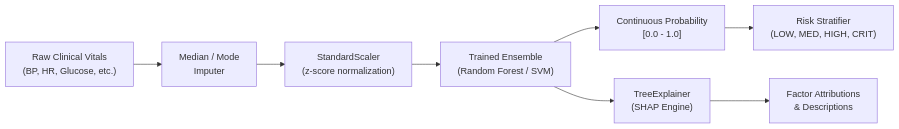
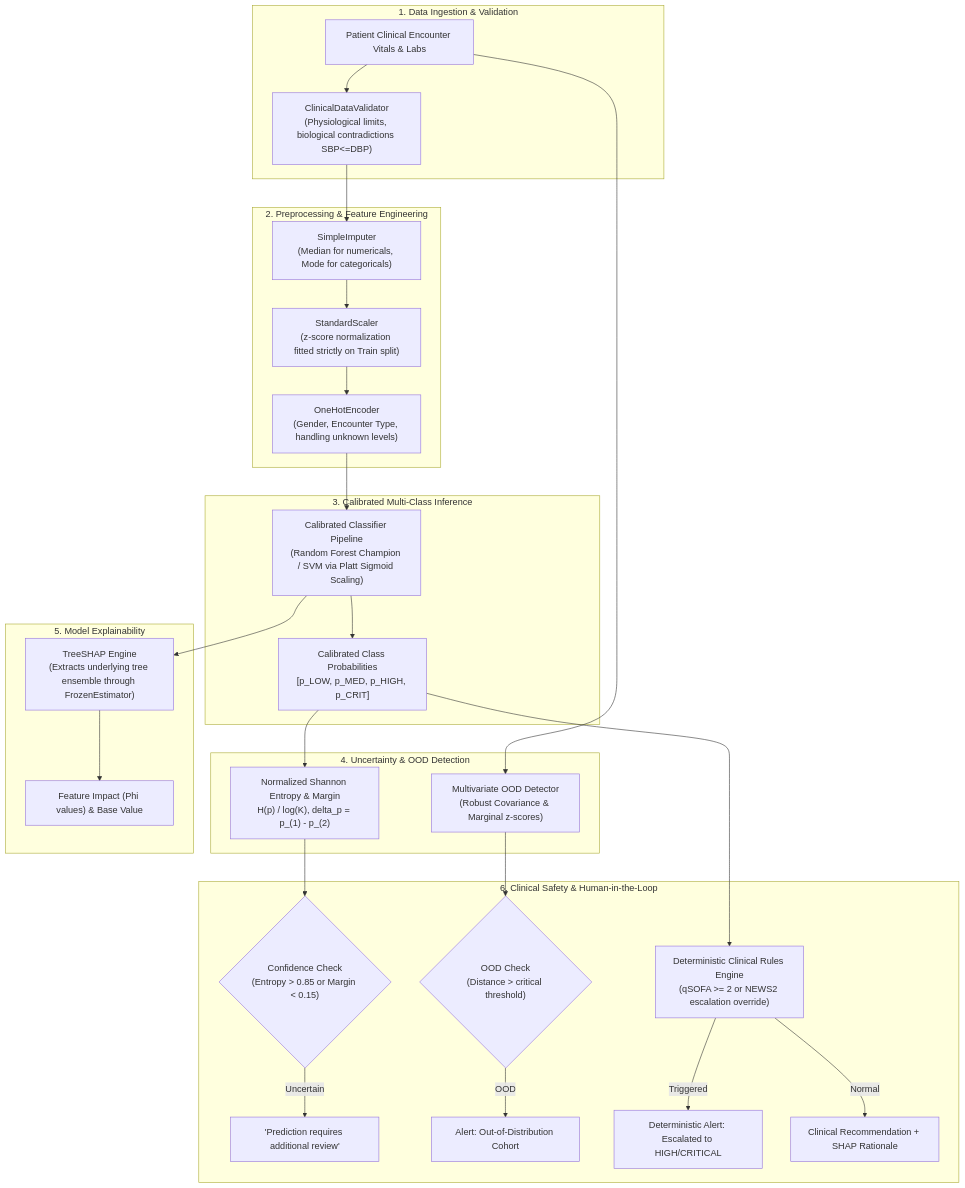
One commit to bunnyvalluri/Clinical-Decision-Support-System- changed the diagram in docs/architecture/ml-architecture.md. Above: the diagram before and after it, drawn with Mermaid. The commit also changed other lines of this file and 44 other files, not shown here.

Commit message:
feat(mlops): implement Prompt 18 - advanced ML validation, safety, explainability, drift, fairness, and MLOps telemetry

````diff
--- a/docs/architecture/ml-architecture.md
+++ b/docs/architecture/ml-architecture.md
@@ -9,18 +13,49 @@
 ```mermaid
-flowchart LR
-    RawInput["Raw Clinical Vitals
-(BP, HR, Glucose, etc.)"] --> Imputer["Median / Mode
-Imputer"]
-    Imputer --> Scaler["StandardScaler
-(z-score normalization)"]
-    Scaler --> Model["Trained Ensemble
-(Random Forest / SVM)"]
-    Model --> Prob["Continuous Probability
-[0.0 - 1.0]"]
-    Prob --> Stratifier["Risk Stratifier
-(LOW, MED, HIGH, CRIT)"]
-    Model --> SHAP["TreeExplainer
-(SHAP Engine)"]
-    SHAP --> Attributions["Factor Attributions
-& Descriptions"]
+flowchart TD
+    subgraph Data["1. Data Ingestion & Validation"]
+        Raw["Patient Clinical Encounter Vitals & Labs"] --> Validator["ClinicalDataValidator
+(Physiological limits, biological contradictions SBP<=DBP)"]
+    end
+
+    subgraph Preprocessing["2. Preprocessing & Feature Engineering"]
+        Validator --> Imputer["SimpleImputer
+(Median for numericals, Mode for categoricals)"]
+        Imputer --> Scaler["StandardScaler
+(z-score normalization fitted strictly on Train split)"]
+        Scaler --> Encoder["OneHotEncoder
+(Gender, Encounter Type, handling unknown levels)"]
+    end
+
+    subgraph Inference["3. Calibrated Multi-Class Inference"]
+        Encoder --> Model["Calibrated Classifier Pipeline
+(Random Forest Champion / SVM via Platt Sigmoid Scaling)"]
+        Model --> Probs["Calibrated Class Probabilities
+[p_LOW, p_MED, p_HIGH, p_CRIT]"]
+    end
+
+    subgraph UncertaintyOOD["4. Uncertainty & OOD Detection"]
+        Probs --> Shannon["Normalized Shannon Entropy & Margin
+H(p) / log(K), delta_p = p_(1) - p_(2)"]
+        Raw --> Mahalanobis["Multivariate OOD Detector
+(Robust Covariance & Marginal z-scores)"]
+    end
+
+    subgraph Explainability["5. Model Explainability"]
+        Model --> SHAP["TreeSHAP Engine
+(Extracts underlying tree ensemble through FrozenEstimator)"]
+        SHAP --> Attributions["Feature Impact (Phi values) & Base Value"]
+    end
+
+    subgraph SafetyGate["6. Clinical Safety & Human-in-the-Loop"]
+        Probs --> RulesEngine["Deterministic Clinical Rules Engine
+(qSOFA >= 2 or NEWS2 escalation override)"]
+        Shannon --> Abstention{"Confidence Check
+(Entropy > 0.85 or Margin < 0.15)"}
+        Mahalanobis --> OODCheck{"OOD Check
+(Distance > critical threshold)"}
+        Abstention -->|Uncertain| Alert["'Prediction requires additional review'"]
+        OODCheck -->|OOD| OODAlert["Alert: Out-of-Distribution Cohort"]
+        RulesEngine -->|Triggered| Override["Deterministic Alert: Escalated to HIGH/CRITICAL"]
+        RulesEngine -->|Normal| FinalOutput["Clinical Recommendation + SHAP Rationale"]
+    end
 ```
````
